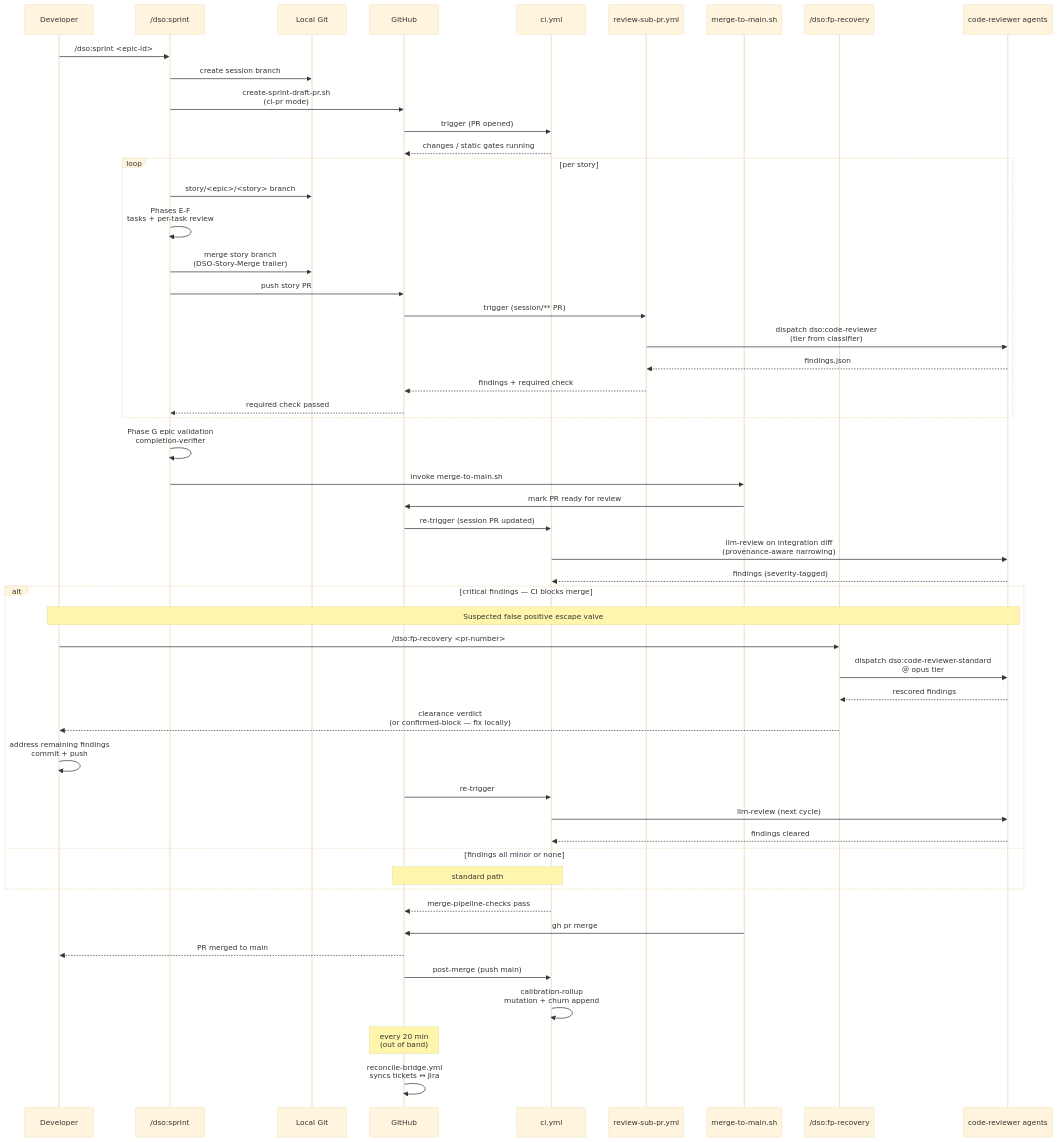
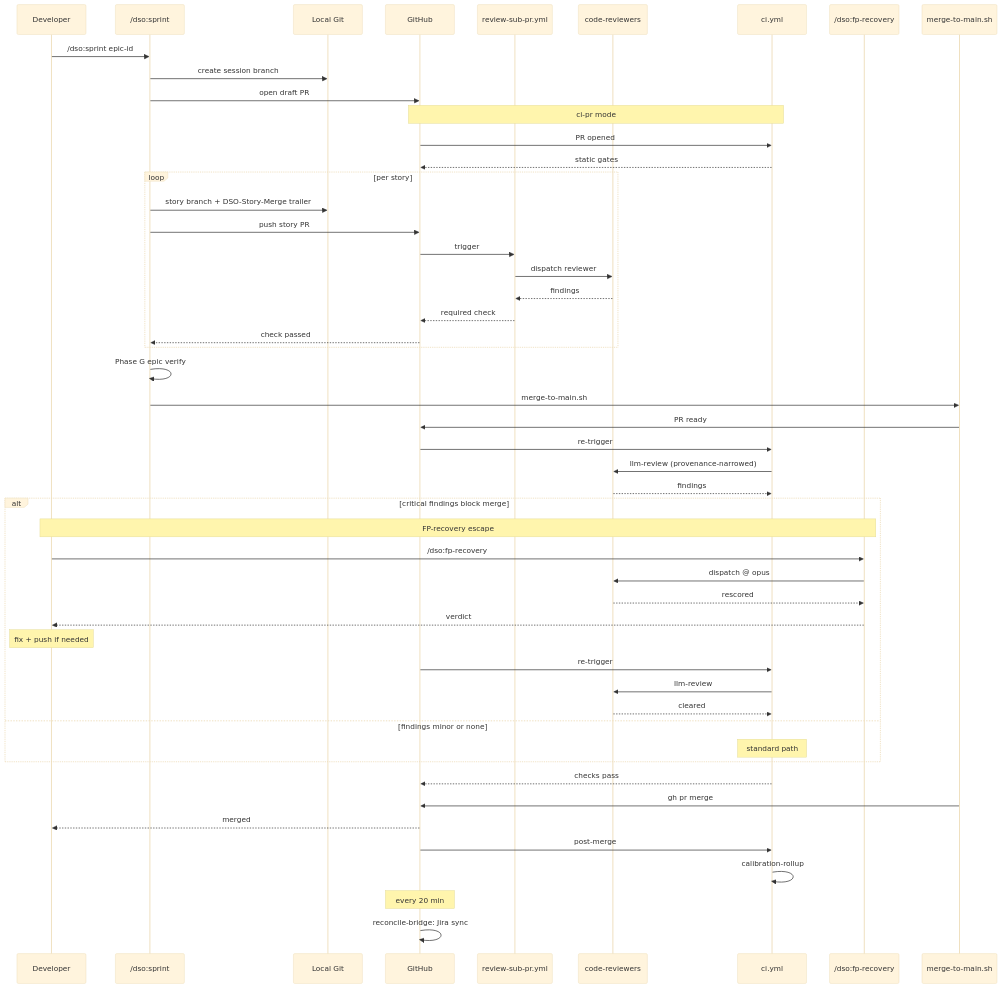
One commit to navapbc/digital-service-orchestra changed the diagram in docs/architecture/diagrams/14-dso-ci-integration-sequence.mmd. Above: the diagram before and after it, drawn with Mermaid (base theme). The commit also changed 37 other files, not shown here.

```diff
--- a/docs/architecture/diagrams/14-dso-ci-integration-sequence.mmd
+++ b/docs/architecture/diagrams/14-dso-ci-integration-sequence.mmd
@@ -1,59 +1,58 @@
 sequenceDiagram
   participant Dev as Developer
   participant Sprint as /dso:sprint
   participant Git as Local Git
   participant GH as GitHub
+  participant SubPR as review-sub-pr.yml
+  participant Agents as code-reviewers
   participant CI as ci.yml
-  participant SubPR as review-sub-pr.yml
+  participant FP as /dso:fp-recovery
   participant Merge as merge-to-main.sh
-  participant FP as /dso:fp-recovery
-  participant Agents as code-reviewer agents
 
-  Dev->>Sprint: /dso:sprint <epic-id>
+  Dev->>Sprint: /dso:sprint epic-id
   Sprint->>Git: create session branch
-  Sprint->>GH: create-sprint-draft-pr.sh<br/>(ci-pr mode)
-  GH->>CI: trigger (PR opened)
-  CI-->>GH: changes / static gates running
+  Sprint->>GH: open draft PR
+  Note over GH,CI: ci-pr mode
+  GH->>CI: PR opened
+  CI-->>GH: static gates
 
   loop per story
-    Sprint->>Git: story/<epic>/<story> branch
-    Sprint->>Sprint: Phases E-F<br/>tasks + per-task review
-    Sprint->>Git: merge story branch<br/>(DSO-Story-Merge trailer)
+    Sprint->>Git: story branch + DSO-Story-Merge trailer
     Sprint->>GH: push story PR
-    GH->>SubPR: trigger (session/** PR)
-    SubPR->>Agents: dispatch dso:code-reviewer<br/>(tier from classifier)
-    Agents-->>SubPR: findings.json
-    SubPR-->>GH: findings + required check
-    GH-->>Sprint: required check passed
+    GH->>SubPR: trigger
+    SubPR->>Agents: dispatch reviewer
+    Agents-->>SubPR: findings
+    SubPR-->>GH: required check
+    GH-->>Sprint: check passed
   end
 
-  Sprint->>Sprint: Phase G epic validation<br/>completion-verifier
-  Sprint->>Merge: invoke merge-to-main.sh
-  Merge->>GH: mark PR ready for review
-  GH->>CI: re-trigger (session PR updated)
-  CI->>Agents: llm-review on integration diff<br/>(provenance-aware narrowing)
-  Agents-->>CI: findings (severity-tagged)
+  Sprint->>Sprint: Phase G epic verify
+  Sprint->>Merge: merge-to-main.sh
+  Merge->>GH: PR ready
+  GH->>CI: re-trigger
+  CI->>Agents: llm-review (provenance-narrowed)
+  Agents-->>CI: findings
 
-  alt critical findings — CI blocks merge
-    Note over Dev,Agents: Suspected false positive escape valve
-    Dev->>FP: /dso:fp-recovery <pr-number>
-    FP->>Agents: dispatch dso:code-reviewer-standard<br/>@ opus tier
-    Agents-->>FP: rescored findings
-    FP-->>Dev: clearance verdict<br/>(or confirmed-block — fix locally)
-    Dev->>Dev: address remaining findings<br/>commit + push
+  alt critical findings block merge
+    Note over Dev,FP: FP-recovery escape
+    Dev->>FP: /dso:fp-recovery
+    FP->>Agents: dispatch @ opus
+    Agents-->>FP: rescored
+    FP-->>Dev: verdict
+    Note over Dev: fix + push if needed
     GH->>CI: re-trigger
-    CI->>Agents: llm-review (next cycle)
-    Agents-->>CI: findings cleared
-  else findings all minor or none
-    Note over CI,GH: standard path
+    CI->>Agents: llm-review
+    Agents-->>CI: cleared
+  else findings minor or none
+    Note over CI: standard path
   end
 
-  CI-->>GH: merge-pipeline-checks pass
+  CI-->>GH: checks pass
   Merge->>GH: gh pr merge
-  GH-->>Dev: PR merged to main
+  GH-->>Dev: merged
 
-  GH->>CI: post-merge (push main)
-  CI->>CI: calibration-rollup<br/>mutation + churn append
+  GH->>CI: post-merge
+  CI->>CI: calibration-rollup
 
-  Note over GH: every 20 min<br/>(out of band)
-  GH->>GH: reconcile-bridge.yml<br/>syncs tickets ↔ Jira
+  Note over GH: every 20 min
+  GH->>GH: reconcile-bridge: Jira sync
```
